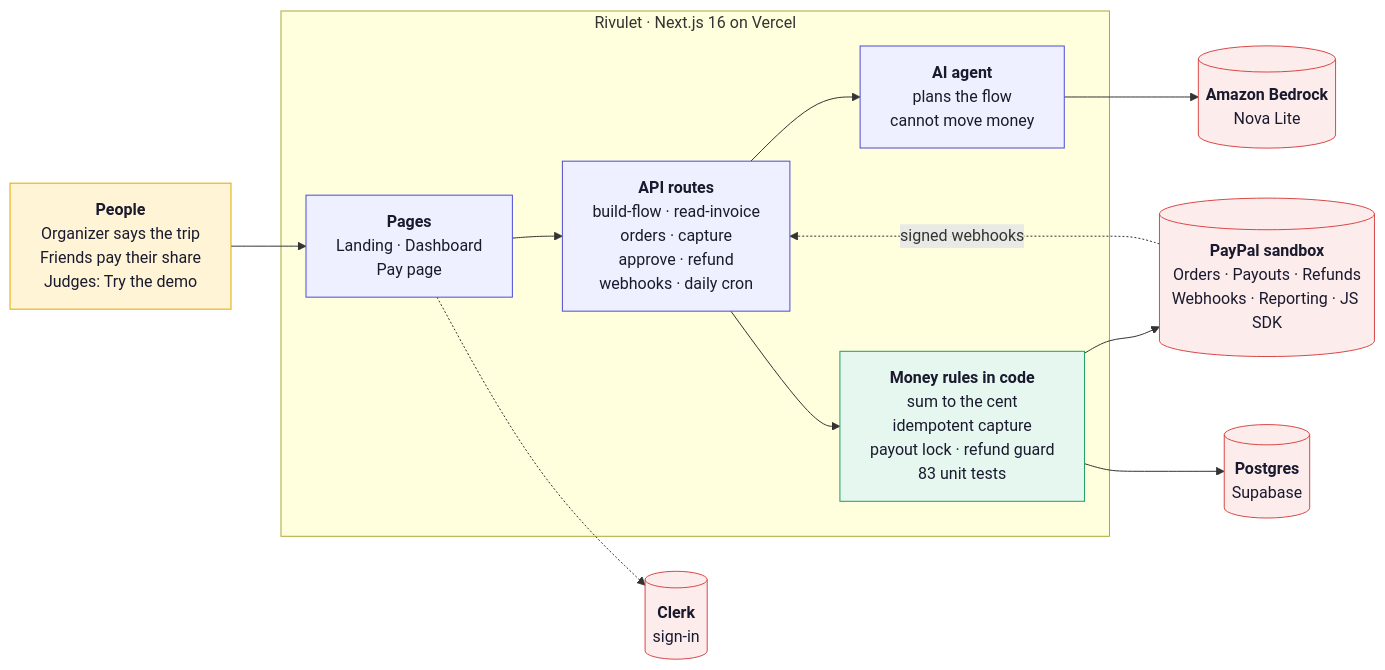
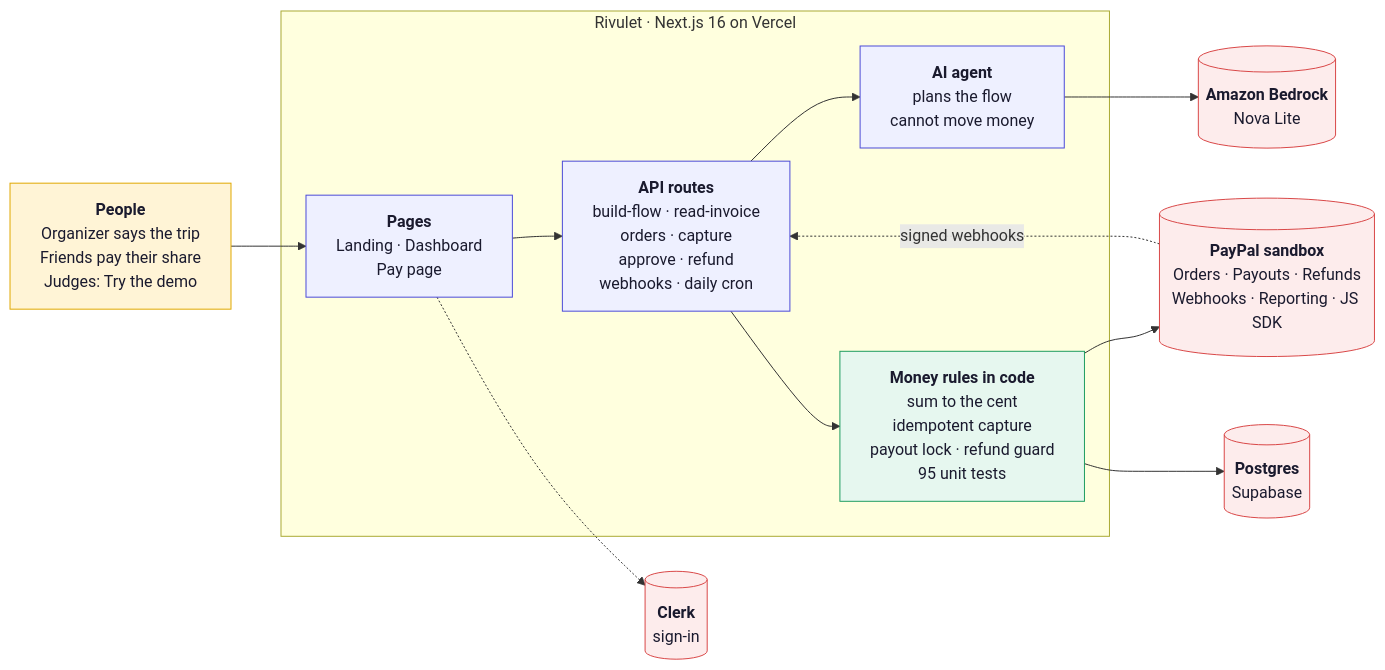
The diagram in docs/architecture-overview.mmd (Sk031397/rivulet), drawn with Mermaid before and after one commit. The commit also changed 23 other files, not shown here.

```diff
--- a/docs/architecture-overview.mmd
+++ b/docs/architecture-overview.mmd
@@ -1,29 +1,29 @@
 flowchart LR
   classDef user fill:#FFF4D6,stroke:#E0A800,color:#1a1a2e
   classDef app fill:#EEF0FF,stroke:#4B4BD8,color:#1a1a2e
   classDef rules fill:#E6F7EF,stroke:#1F9D61,color:#1a1a2e
   classDef ext fill:#FDECEC,stroke:#D94848,color:#1a1a2e
 
   USERS["<b>People</b><br/>Organizer says the trip<br/>Friends pay their share<br/>Judges: Try the demo"]:::user
 
   subgraph APP["Rivulet · Next.js 16 on Vercel"]
     UI["<b>Pages</b><br/>Landing · Dashboard<br/>Pay page"]:::app
     API["<b>API routes</b><br/>build-flow · read-invoice<br/>orders · capture<br/>approve · refund<br/>webhooks · daily cron"]:::app
     AGENT["<b>AI agent</b><br/>plans the flow<br/>cannot move money"]:::app
-    RULES["<b>Money rules in code</b><br/>sum to the cent<br/>idempotent capture<br/>payout lock · refund guard<br/>83 unit tests"]:::rules
+    RULES["<b>Money rules in code</b><br/>sum to the cent<br/>idempotent capture<br/>payout lock · refund guard<br/>95 unit tests"]:::rules
   end
 
   CLERK[("<b>Clerk</b><br/>sign-in")]:::ext
   BEDROCK[("<b>Amazon Bedrock</b><br/>Nova Lite")]:::ext
   PAYPAL[("<b>PayPal sandbox</b><br/>Orders · Payouts · Refunds<br/>Webhooks · Reporting · JS SDK")]:::ext
   DB[("<b>Postgres</b><br/>Supabase")]:::ext
 
   USERS --> UI
   UI --> API
   UI -.-> CLERK
   API --> AGENT
   API --> RULES
   AGENT --> BEDROCK
   RULES --> PAYPAL
   RULES --> DB
   PAYPAL -. "signed webhooks" .-> API
```
